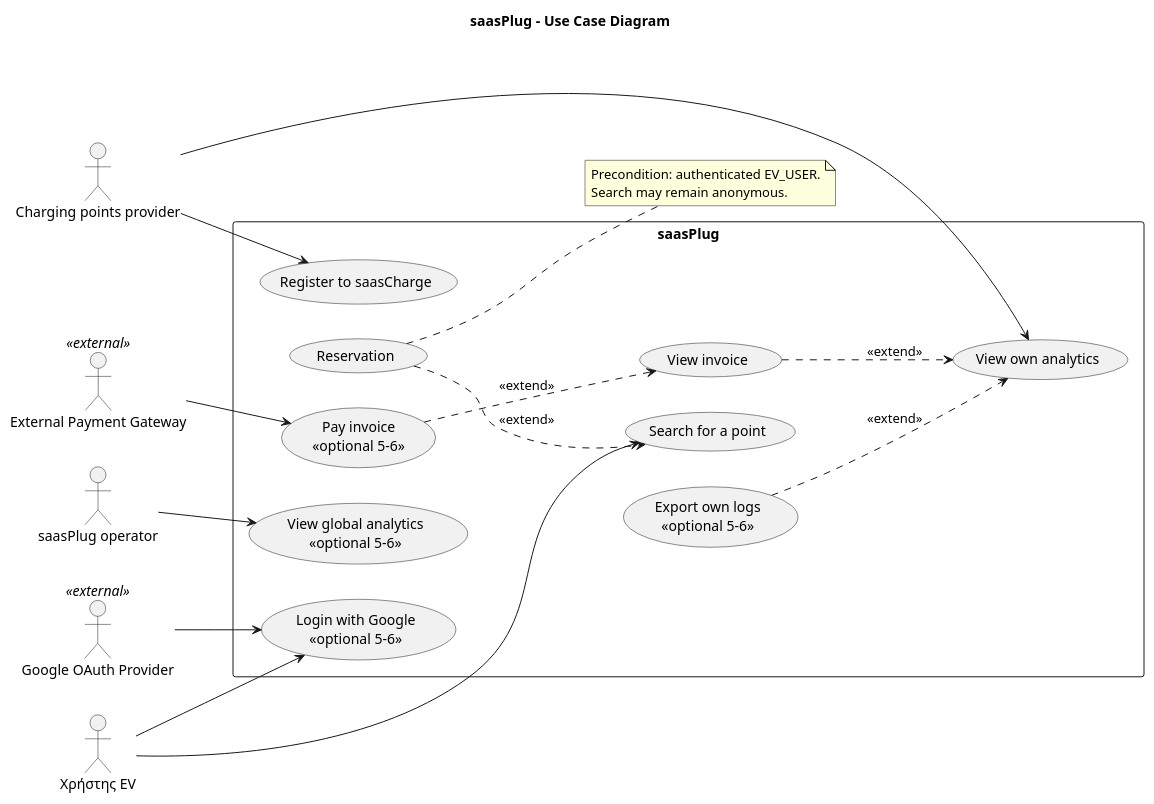
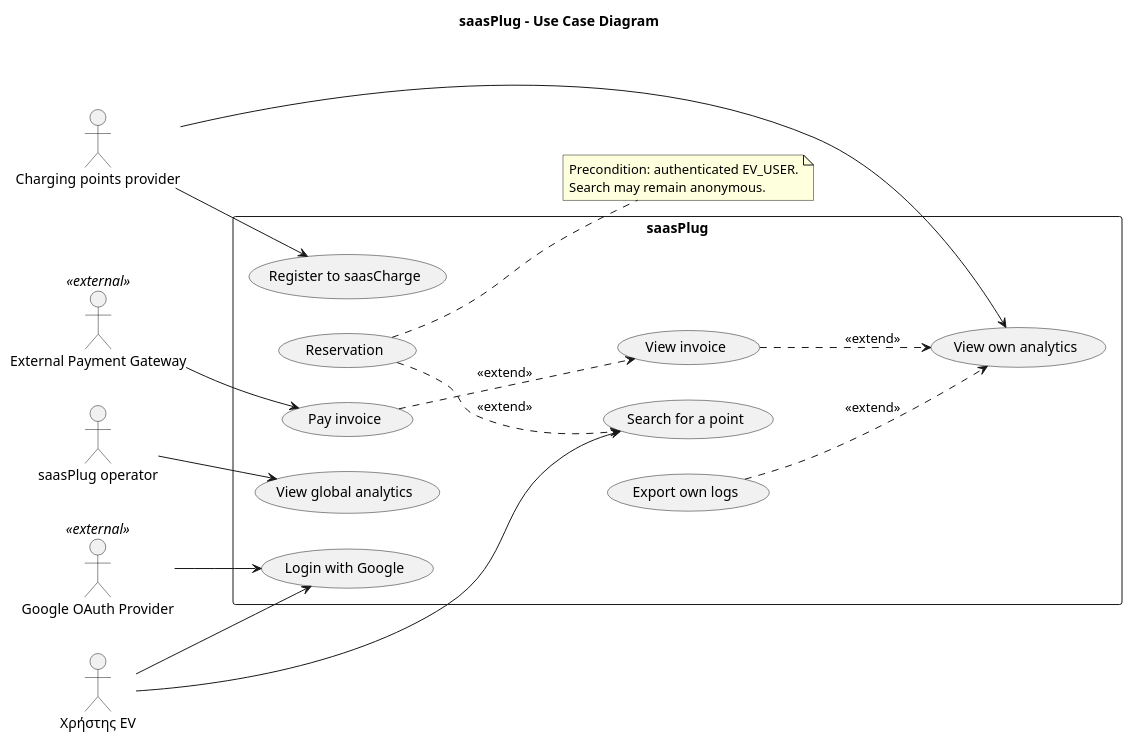
Before and after one commit to ntua-el21026/ntua-saasplug: the diagram in docs/diagrams/intermediate/puml/01_use_case_diagram.puml, drawn with PlantUML. The commit also changed 3 other files, not shown here.

Commit message:
Made diagram text better

```diff
--- a/docs/diagrams/intermediate/puml/01_use_case_diagram.puml
+++ b/docs/diagrams/intermediate/puml/01_use_case_diagram.puml
@@ -1,44 +1,44 @@
 @startuml
 title saasPlug - Use Case Diagram
 left to right direction
 skinparam shadowing false
 skinparam packageStyle rectangle
 
 actor "Χρήστης EV" as EVUser
 actor "Charging points provider" as Provider
 actor "saasPlug operator" as Operator
 actor "Google OAuth Provider" as GoogleOAuth <<external>>
 actor "External Payment Gateway" as PaymentGateway <<external>>
 
 rectangle "saasPlug" {
   usecase "Search for a point" as SearchForPoint
-  usecase "Login with Google\n<<optional 5-6>>" as LoginGoogle
+  usecase "Login with Google" as LoginGoogle
   usecase "Reservation" as Reservation
   usecase "Register to saasCharge" as RegisterSaasCharge
   usecase "View own analytics" as ViewOwnAnalytics
   usecase "View invoice" as ViewInvoice
-  usecase "Pay invoice\n<<optional 5-6>>" as PayInvoice
-  usecase "Export own logs\n<<optional 5-6>>" as ExportOwnLogs
-  usecase "View global analytics\n<<optional 5-6>>" as ViewGlobalAnalytics
+  usecase "Pay invoice" as PayInvoice
+  usecase "Export own logs" as ExportOwnLogs
+  usecase "View global analytics" as ViewGlobalAnalytics
 }
 
 EVUser --> SearchForPoint
 EVUser --> LoginGoogle
 GoogleOAuth --> LoginGoogle
 
 Reservation ..> SearchForPoint : <<extend>>
 note right of Reservation
   Precondition: authenticated EV_USER.
   Search may remain anonymous.
 end note
 
 Provider --> RegisterSaasCharge
 Provider --> ViewOwnAnalytics
 ViewInvoice ..> ViewOwnAnalytics : <<extend>>
 ExportOwnLogs ..> ViewOwnAnalytics : <<extend>>
 PayInvoice ..> ViewInvoice : <<extend>>
 PaymentGateway --> PayInvoice
 
 Operator --> ViewGlobalAnalytics
 
 @enduml
```
